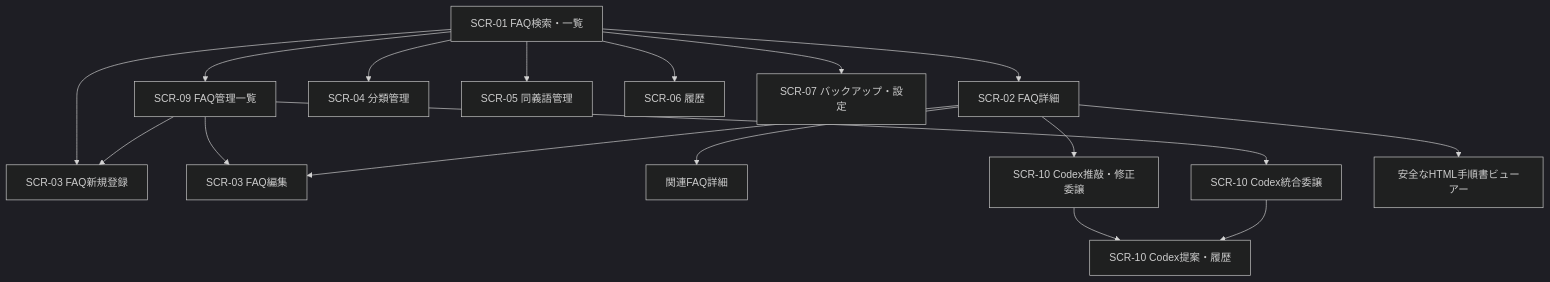
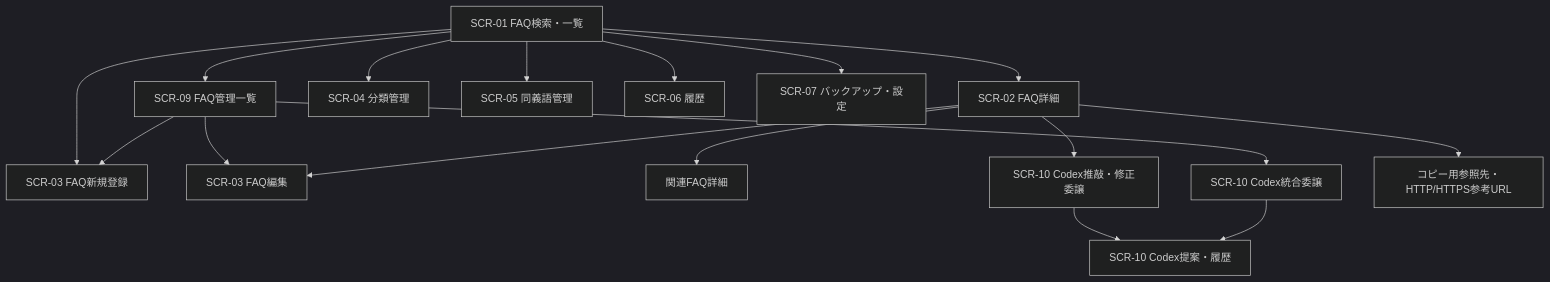
One commit to yknk1015/local-knowledge-app changed the third of 9 diagrams in FAQシステム基本設計書.md. Above: the diagram before and after it, drawn with Mermaid (dark theme). The commit also changed other lines of this file and 56 other files, not shown here.

````diff
--- a/FAQシステム基本設計書.md
+++ b/FAQシステム基本設計書.md
@@ -354,19 +362,19 @@
 ```mermaid
 flowchart TD
     S["SCR-01 FAQ検索・一覧"] --> D["SCR-02 FAQ詳細"]
     S --> A["SCR-09 FAQ管理一覧"]
     S --> E["SCR-03 FAQ新規登録"]
     A --> E
     A --> E2["SCR-03 FAQ編集"]
     D --> E2
     D --> D2["関連FAQ詳細"]
     S --> C["SCR-04 分類管理"]
     S --> Y["SCR-05 同義語管理"]
     S --> H["SCR-06 履歴"]
     S --> B["SCR-07 バックアップ・設定"]
     D --> X["SCR-10 Codex推敲・修正委譲"]
     A --> X2["SCR-10 Codex統合委譲"]
     X --> P["SCR-10 Codex提案・履歴"]
     X2 --> P
-    D --> M["安全なHTML手順書ビューアー"]
+    D --> R["コピー用参照先・HTTP/HTTPS参考URL"]
 ```
````
